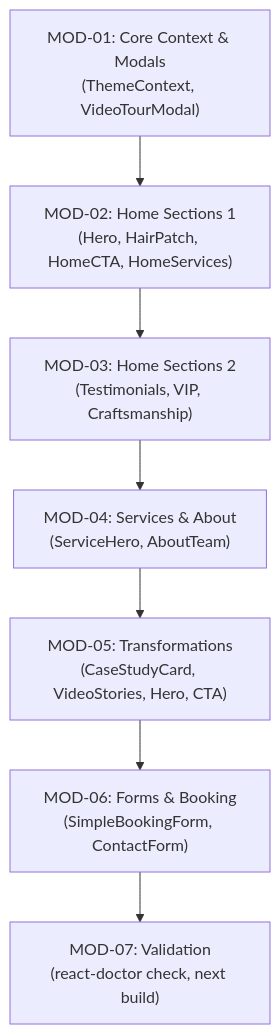
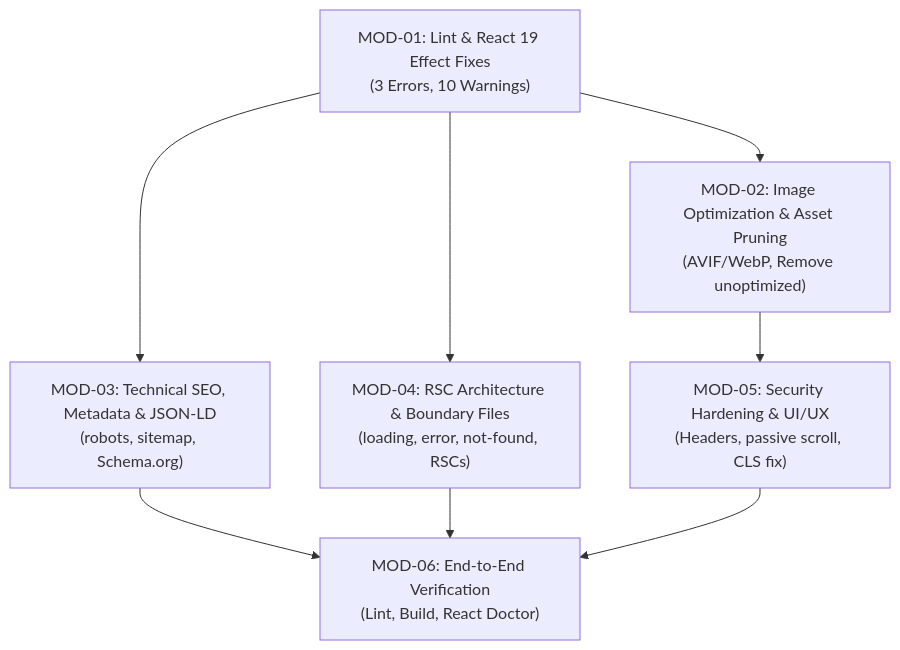
One commit to prisminfotechdevloper-2026/nikhar_salon changed the diagram in tasks/plan.md. Above: the diagram before and after it, drawn with Mermaid. The commit also changed other lines of this file and 41 other files, not shown here.

````diff
--- a/tasks/plan.md
+++ b/tasks/plan.md
@@ -19,9 +9,10 @@
 ```mermaid
 flowchart TD
-    MOD01["MOD-01: Core Context & Modals<br/>(ThemeContext, VideoTourModal)"] --> MOD02["MOD-02: Home Sections 1<br/>(Hero, HairPatch, HomeCTA, HomeServices)"]
-    MOD02 --> MOD03["MOD-03: Home Sections 2<br/>(Testimonials, VIP, Craftsmanship)"]
-    MOD03 --> MOD04["MOD-04: Services & About<br/>(ServiceHero, AboutTeam)"]
-    MOD04 --> MOD05["MOD-05: Transformations<br/>(CaseStudyCard, VideoStories, Hero, CTA)"]
-    MOD05 --> MOD06["MOD-06: Forms & Booking<br/>(SimpleBookingForm, ContactForm)"]
-    MOD06 --> MOD07["MOD-07: Validation<br/>(react-doctor check, next build)"]
+    MOD1["MOD-01: Lint & React 19 Effect Fixes\n(3 Errors, 10 Warnings)"] --> MOD2["MOD-02: Image Optimization & Asset Pruning\n(AVIF/WebP, Remove unoptimized)"]
+    MOD1 --> MOD3["MOD-03: Technical SEO, Metadata & JSON-LD\n(robots, sitemap, Schema.org)"]
+    MOD1 --> MOD4["MOD-04: RSC Architecture & Boundary Files\n(loading, error, not-found, RSCs)"]
+    MOD2 --> MOD5["MOD-05: Security Hardening & UI/UX\n(Headers, passive scroll, CLS fix)"]
+    MOD3 --> MOD6["MOD-06: End-to-End Verification\n(Lint, Build, React Doctor)"]
+    MOD4 --> MOD6
+    MOD5 --> MOD6
 ```
````
